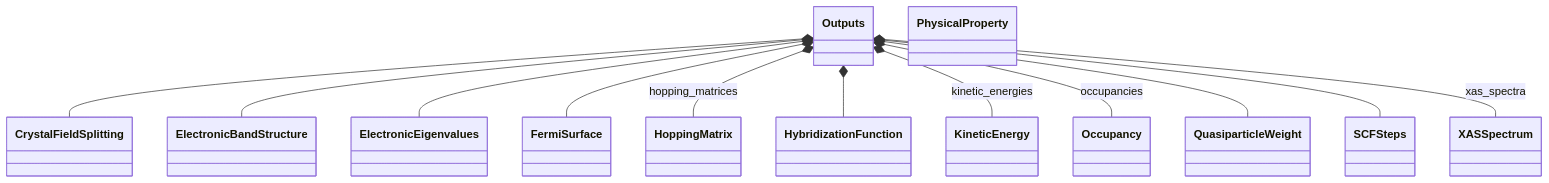
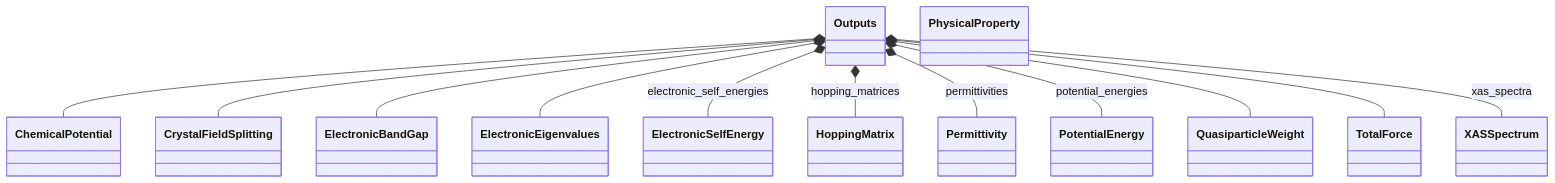
The second of 2 diagrams in docs/schema/outputs.diagram.md (FAIRmat-NFDI/nomad-simulations), drawn with Mermaid before and after one commit. The commit also changed other lines of this file and 29 other files, not shown here.

Commit message:
try mermaid line fix, document limitation in README

````diff
--- a/docs/schema/outputs.diagram.md
+++ b/docs/schema/outputs.diagram.md
@@ -68,40 +54,27 @@
 ```mermaid
 classDiagram
-    class CrystalFieldSplitting {
-    }
-    class ElectronicBandStructure {
-    }
-    class ElectronicEigenvalues {
-    }
-    class FermiSurface {
-    }
-    class HoppingMatrix {
-    }
-    class HybridizationFunction {
-    }
-    class KineticEnergy {
-    }
-    class Occupancy {
-    }
-    class Outputs {
-    }
-    class PhysicalProperty {
-    }
-    class QuasiparticleWeight {
-    }
-    class SCFSteps {
-    }
-    class XASSpectrum {
-    }
+    class ChemicalPotential
+    class CrystalFieldSplitting
+    class ElectronicBandGap
+    class ElectronicEigenvalues
+    class ElectronicSelfEnergy
+    class HoppingMatrix
+    class Outputs
+    class Permittivity
+    class PhysicalProperty
+    class PotentialEnergy
+    class QuasiparticleWeight
+    class TotalForce
+    class XASSpectrum
+    Outputs *-- ChemicalPotential
     Outputs *-- CrystalFieldSplitting
-    Outputs *-- ElectronicBandStructure
+    Outputs *-- ElectronicBandGap
     Outputs *-- ElectronicEigenvalues
-    Outputs *-- FermiSurface
+    Outputs *-- ElectronicSelfEnergy : electronic_self_energies
     Outputs *-- HoppingMatrix : hopping_matrices
-    Outputs *-- HybridizationFunction
-    Outputs *-- KineticEnergy : kinetic_energies
-    Outputs *-- Occupancy : occupancies
+    Outputs *-- Permittivity : permittivities
+    Outputs *-- PotentialEnergy : potential_energies
     Outputs *-- QuasiparticleWeight
-    Outputs *-- SCFSteps
+    Outputs *-- TotalForce
     Outputs *-- XASSpectrum : xas_spectra
 ```
````
